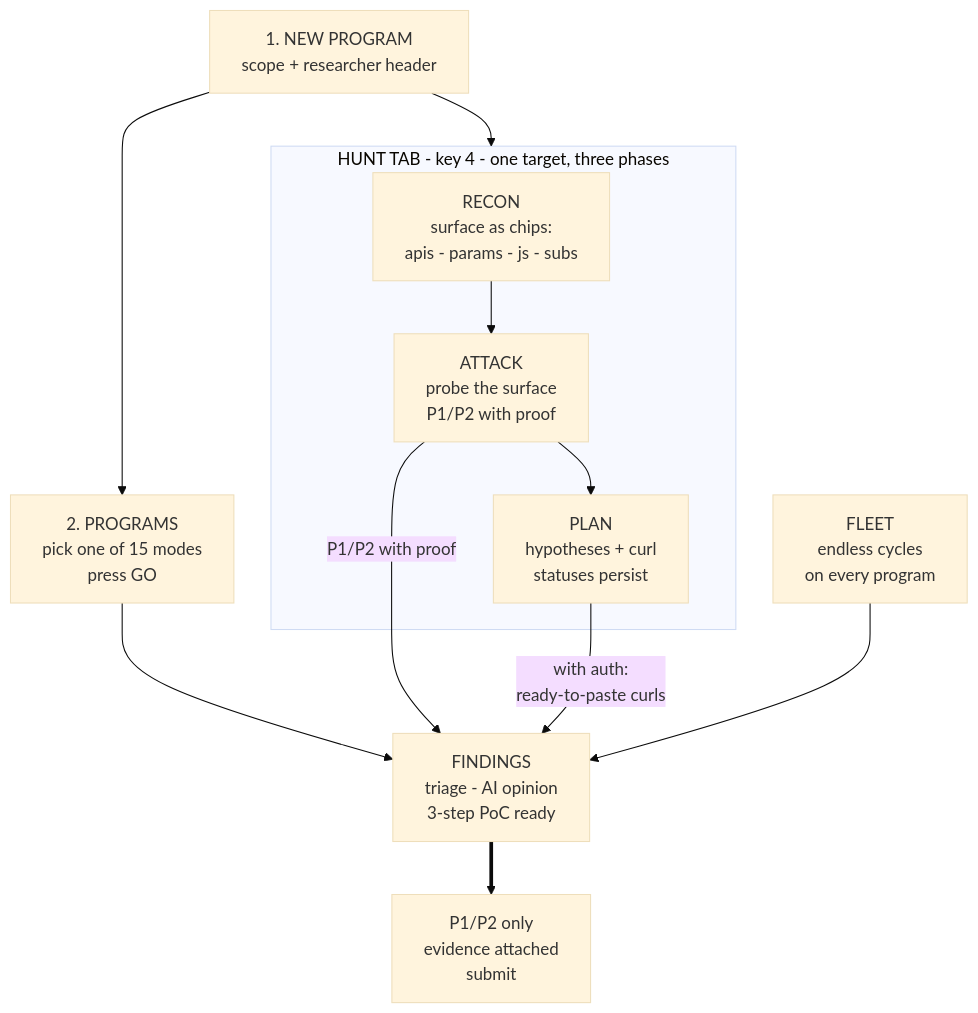
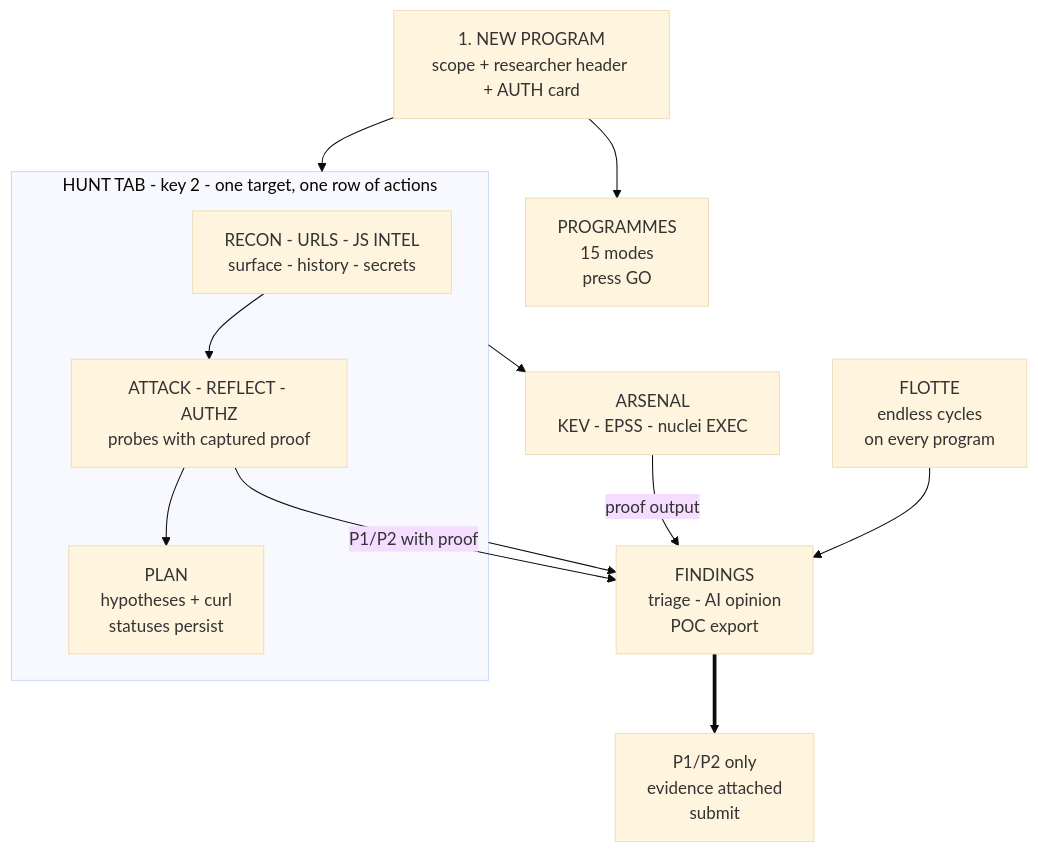
Before and after one commit to C2FF/C2FF: the second of 2 diagrams in README.md, drawn with Mermaid (base theme). The commit also changed other lines of this file and 7 other files, not shown here.

````diff
--- a/README.md
+++ b/README.md
@@ -213,13 +241,14 @@
 ```mermaid
 flowchart TD
-    N["1. NEW PROGRAM<br/>scope + researcher header"] --> M["2. PROGRAMS<br/>pick one of 15 modes<br/>press GO"]
-    N --> X
-    subgraph X["HUNT TAB - key 4 - one target, three phases"]
-        X1["RECON<br/>surface as chips:<br/>apis - params - js - subs"] --> X2["ATTACK<br/>probe the surface<br/>P1/P2 with proof"] --> X3["PLAN<br/>hypotheses + curl<br/>statuses persist"]
+    N["1. NEW PROGRAM<br/>scope + researcher header + AUTH card"] --> H
+    subgraph H["HUNT TAB - key 2 - one target, one row of actions"]
+        X1["RECON - URLS - JS INTEL<br/>surface - history - secrets"] --> X2["ATTACK - REFLECT - AUTHZ<br/>probes with captured proof"] --> X3["PLAN<br/>hypotheses + curl<br/>statuses persist"]
     end
-    M --> FD["FINDINGS<br/>triage - AI opinion<br/>3-step PoC ready"]
+    N --> M["PROGRAMMES<br/>15 modes<br/>press GO"]
+    H --> AR["ARSENAL<br/>KEV - EPSS - nuclei EXEC"]
+    H --> FD["FINDINGS<br/>triage - AI opinion<br/>POC export"]
     X2 -->|"P1/P2 with proof"| FD
-    X3 -->|"with auth:<br/>ready-to-paste curls"| FD
+    AR -->|"proof output"| FD
     FD ==> RPT["P1/P2 only<br/>evidence attached<br/>submit"]
-    FLEET["FLEET<br/>endless cycles<br/>on every program"] --> FD
+    FLEET["FLOTTE<br/>endless cycles<br/>on every program"] --> FD
 ```
````
